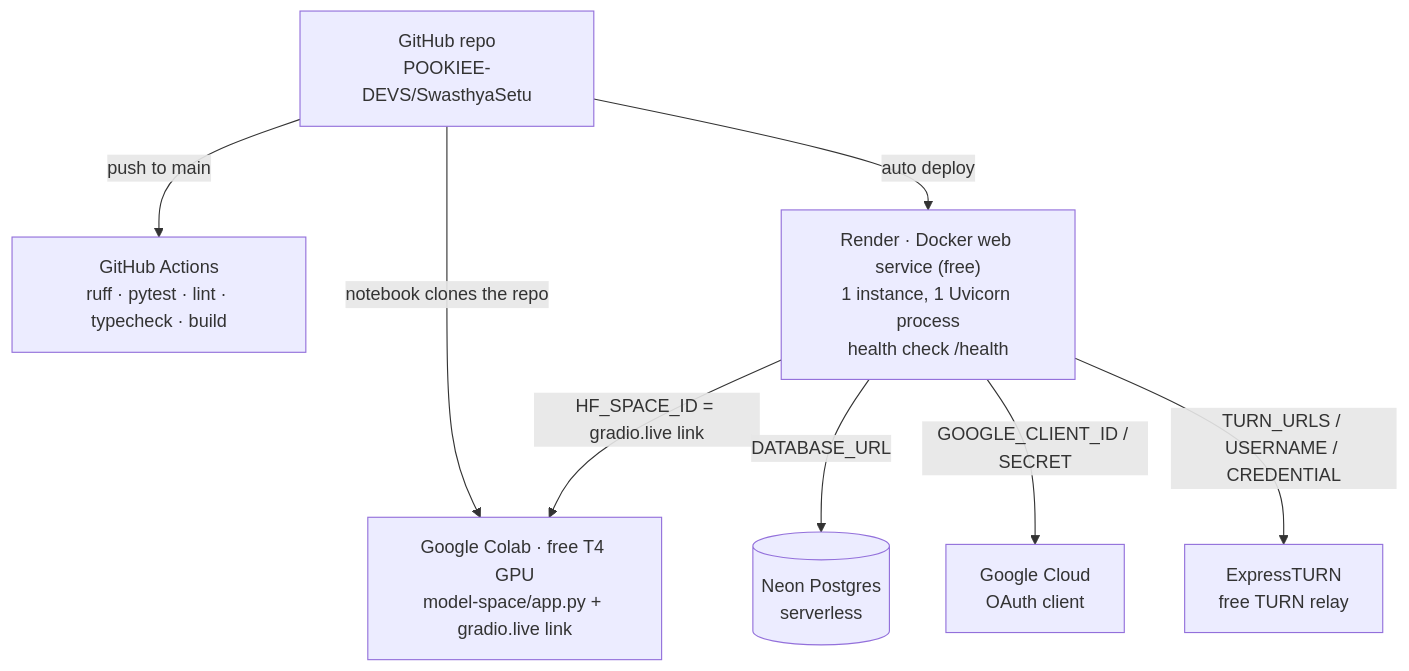
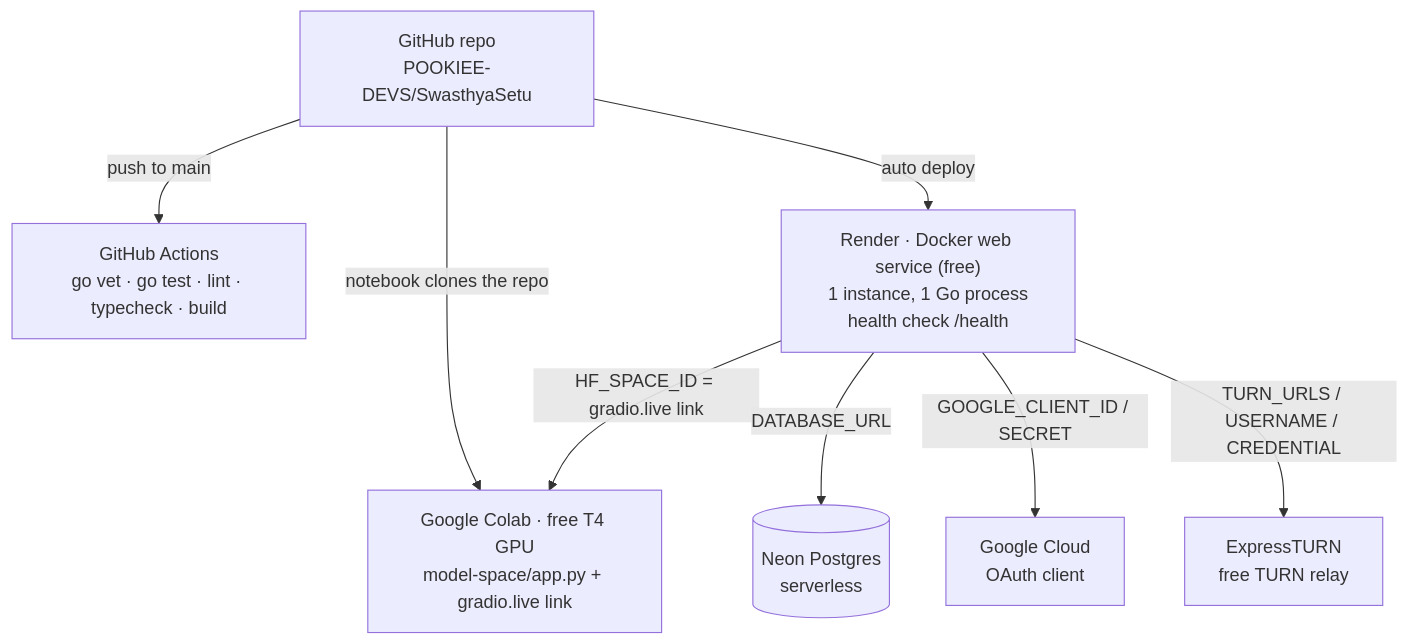
The fifth of 5 diagrams in docs/architecture.md (POOKIEE-DEVS/SwasthyaSetu), drawn with Mermaid before and after one commit. The commit also changed other lines of this file and 4 other files, not shown here.

````diff
--- a/docs/architecture.md
+++ b/docs/architecture.md
@@ -316,10 +318,10 @@
 ```mermaid
 flowchart TB
-    GH["GitHub repo<br/>POOKIEE-DEVS/SwasthyaSetu"] -->|"push to main"| CI["GitHub Actions<br/>ruff · pytest · lint · typecheck · build"]
-    GH -->|"auto deploy"| RB["Render · Docker web service (free)<br/>1 instance, 1 Uvicorn process<br/>health check /health"]
+    GH["GitHub repo<br/>POOKIEE-DEVS/SwasthyaSetu"] -->|"push to main"| CI["GitHub Actions<br/>go vet · go test · lint · typecheck · build"]
+    GH -->|"auto deploy"| RB["Render · Docker web service (free)<br/>1 instance, 1 Go process<br/>health check /health"]
     GH -->|"notebook clones the repo"| CO["Google Colab · free T4 GPU<br/>model-space/app.py + gradio.live link"]
     RB -->|"HF_SPACE_ID = gradio.live link"| CO
     RB -->|"DATABASE_URL"| NE[("Neon Postgres<br/>serverless")]
     RB -->|"GOOGLE_CLIENT_ID / SECRET"| GO["Google Cloud<br/>OAuth client"]
     RB -->|"TURN_URLS / USERNAME / CREDENTIAL"| ET["ExpressTURN<br/>free TURN relay"]
 ```
````
